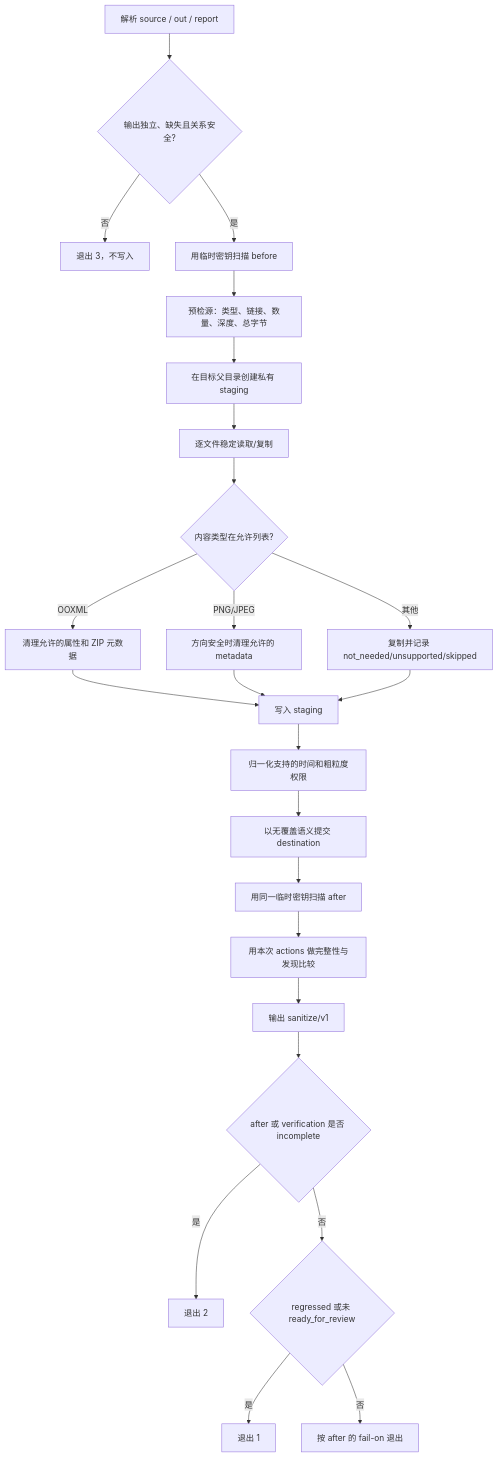
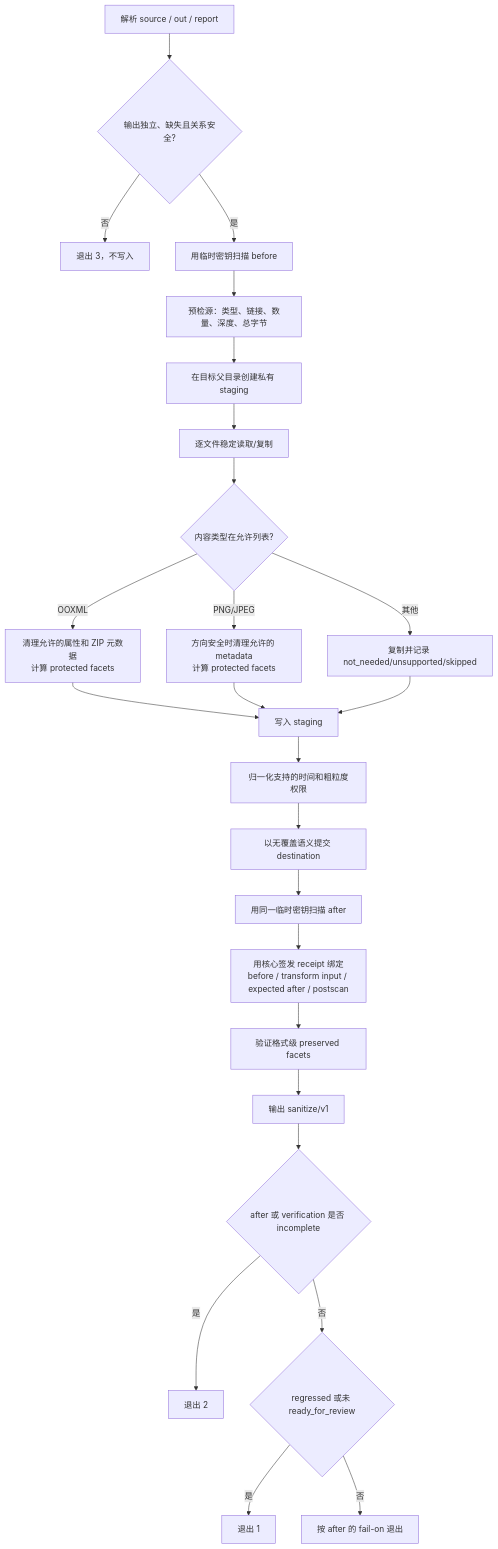
The sixth of 17 diagrams in docs/design-and-workflows.zh-CN.md (motanwenzhu/sharesafe), drawn with Mermaid before and after one commit. The commit also changed other lines of this file and 66 other files, not shown here.

````diff
--- a/docs/design-and-workflows.zh-CN.md
+++ b/docs/design-and-workflows.zh-CN.md
@@ -467,26 +508,27 @@
 ```mermaid
 flowchart TD
     A[解析 source / out / report] --> B{输出独立、缺失且关系安全?}
     B -- 否 --> X[退出 3，不写入]
     B -- 是 --> C[用临时密钥扫描 before]
     C --> D[预检源：类型、链接、数量、深度、总字节]
     D --> E[在目标父目录创建私有 staging]
     E --> F[逐文件稳定读取/复制]
     F --> G{内容类型在允许列表?}
-    G -- OOXML --> H[清理允许的属性和 ZIP 元数据]
-    G -- PNG/JPEG --> I[方向安全时清理允许的 metadata]
+    G -- OOXML --> H[清理允许的属性和 ZIP 元数据<br/>计算 protected facets]
+    G -- PNG/JPEG --> I[方向安全时清理允许的 metadata<br/>计算 protected facets]
     G -- 其他 --> J[复制并记录 not_needed/unsupported/skipped]
     H --> K[写入 staging]
     I --> K
     J --> K
     K --> L[归一化支持的时间和粗粒度权限]
     L --> M[以无覆盖语义提交 destination]
     M --> N[用同一临时密钥扫描 after]
-    N --> O[用本次 actions 做完整性与发现比较]
-    O --> P[输出 sanitize/v1]
+    N --> O[用核心签发 receipt 绑定<br/>before / transform input / expected after / postscan]
+    O --> O2[验证格式级 preserved facets]
+    O2 --> P[输出 sanitize/v1]
     P --> Q{after 或 verification 是否 incomplete}
     Q -- 是 --> R[退出 2]
     Q -- 否 --> S{regressed 或未 ready_for_review}
     S -- 是 --> T[退出 1]
     S -- 否 --> U[按 after 的 fail-on 退出]
 ```
````
